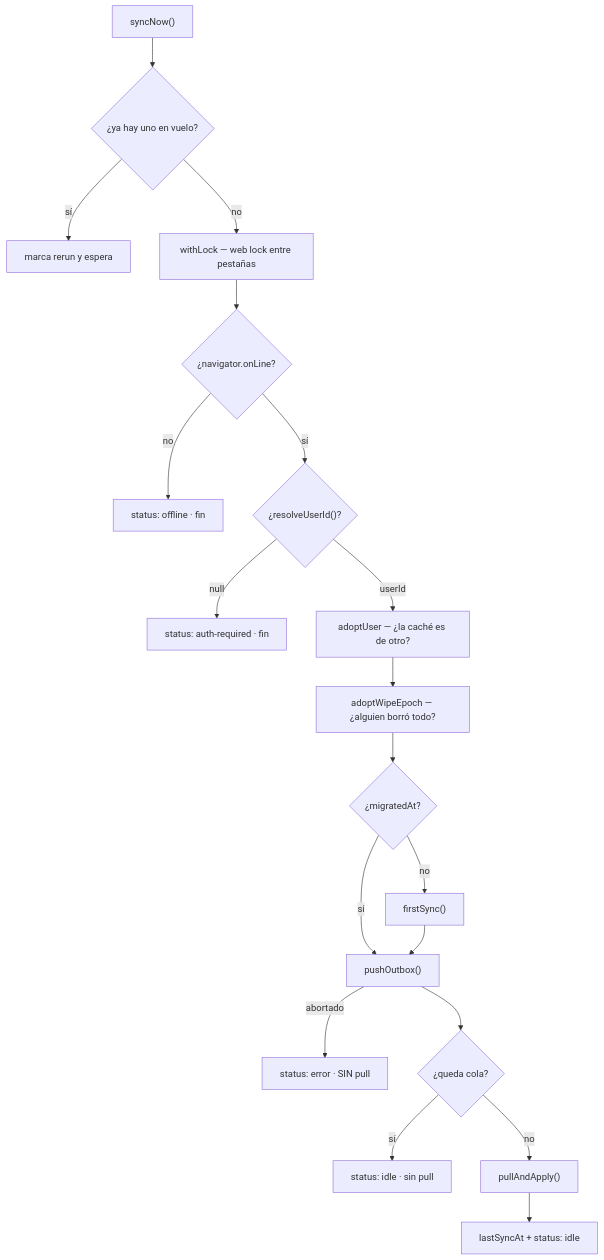
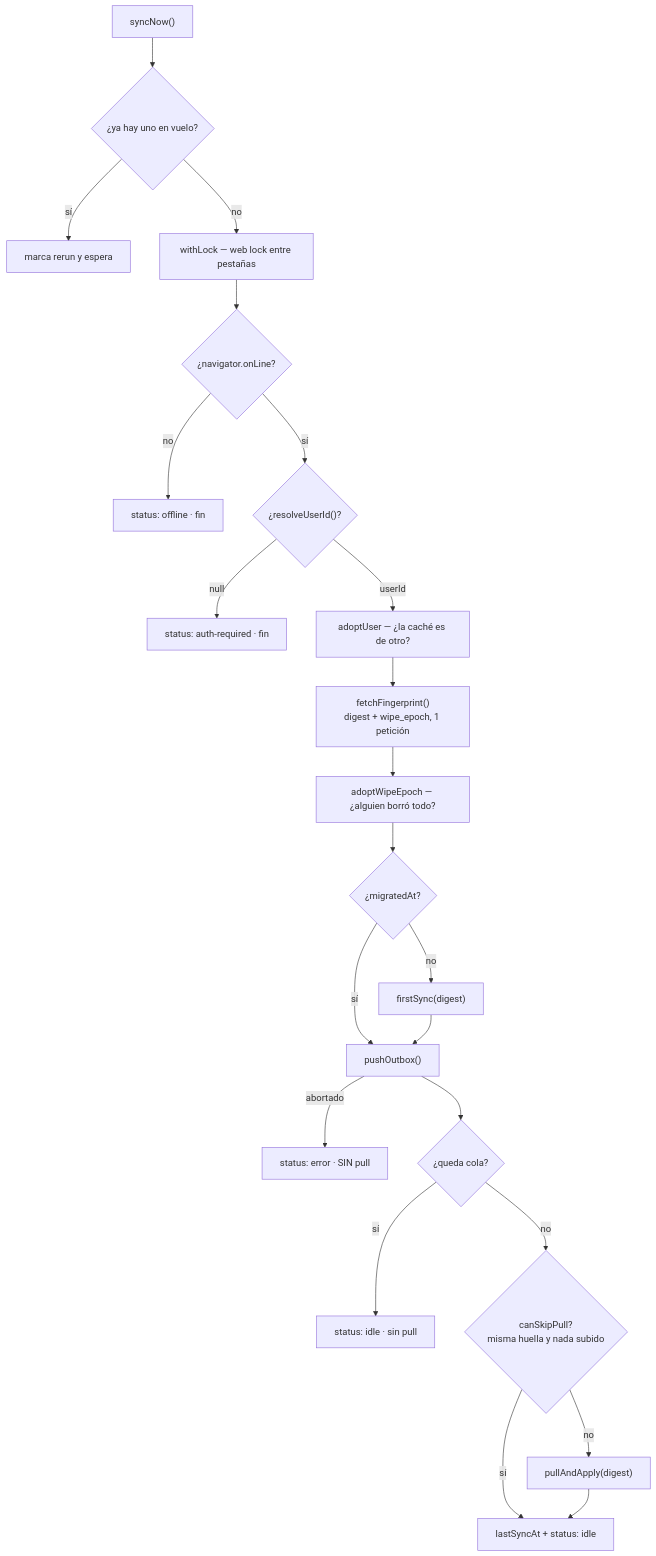
One commit to JoseCarlosCabelloTejero/FinHub changed the first of 2 diagrams in docs/flows/pull.md. Above: the diagram before and after it, drawn with Mermaid. The commit also changed other lines of this file and 8 other files, not shown here.

````diff
--- a/docs/flows/pull.md
+++ b/docs/flows/pull.md
@@ -14,21 +14,24 @@
 ```mermaid
 flowchart TD
     Start["syncNow()"] --> Lock{"¿ya hay uno en vuelo?"}
     Lock -->|sí| Rerun["marca rerun y espera"]
     Lock -->|no| Web["withLock — web lock entre pestañas"]
     Web --> Net{"¿navigator.onLine?"}
     Net -->|no| Off["status: offline · fin"]
     Net -->|sí| Uid{"¿resolveUserId()?"}
     Uid -->|null| Auth["status: auth-required · fin"]
     Uid -->|userId| Adopt["adoptUser — ¿la caché es de otro?"]
-    Adopt --> Epoch["adoptWipeEpoch — ¿alguien borró todo?"]
+    Adopt --> FP["fetchFingerprint()<br/>digest + wipe_epoch, 1 petición"]
+    FP --> Epoch["adoptWipeEpoch — ¿alguien borró todo?"]
     Epoch --> First{"¿migratedAt?"}
-    First -->|no| FS["firstSync()"]
+    First -->|no| FS["firstSync(digest)"]
     First -->|sí| Push
     FS --> Push["pushOutbox()"]
     Push -->|abortado| Err["status: error · SIN pull"]
     Push --> Queue{"¿queda cola?"}
     Queue -->|sí| Idle["status: idle · sin pull"]
-    Queue -->|no| Pull["pullAndApply()"]
+    Queue -->|no| Skip{"canSkipPull?<br/>misma huella y nada subido"}
+    Skip -->|sí| Done
+    Skip -->|no| Pull["pullAndApply(digest)"]
     Pull --> Done["lastSyncAt + status: idle"]
 ```
````
